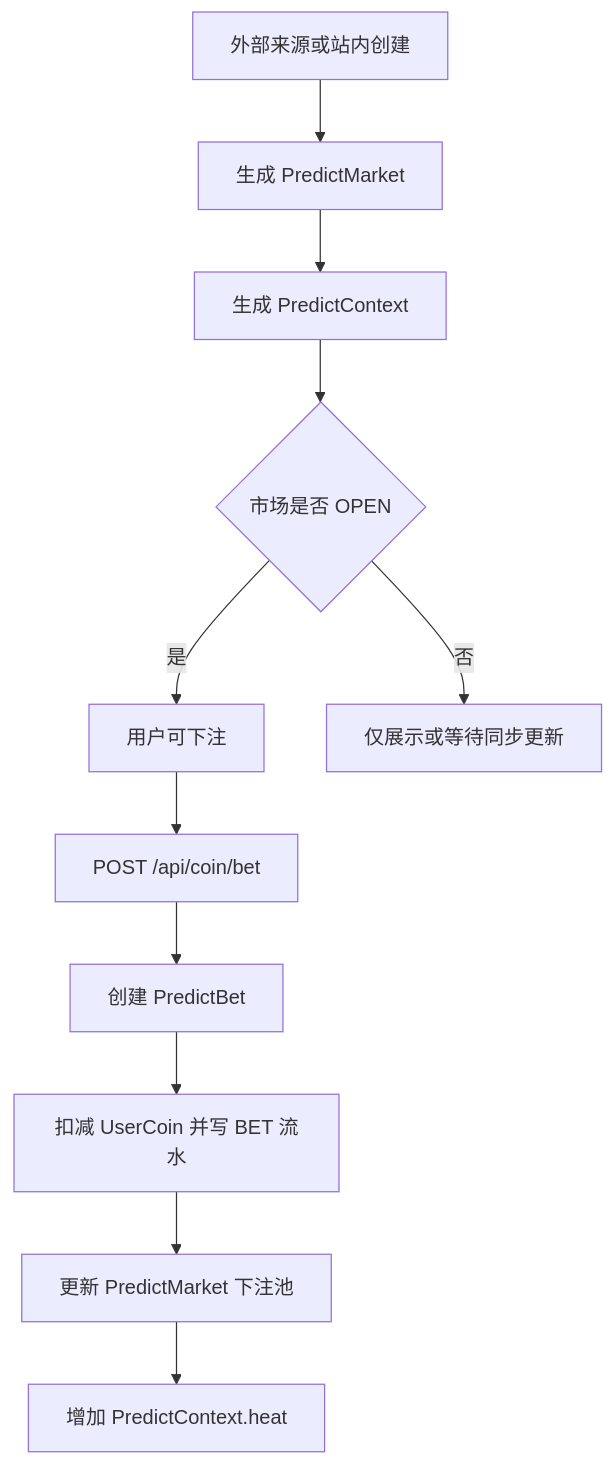
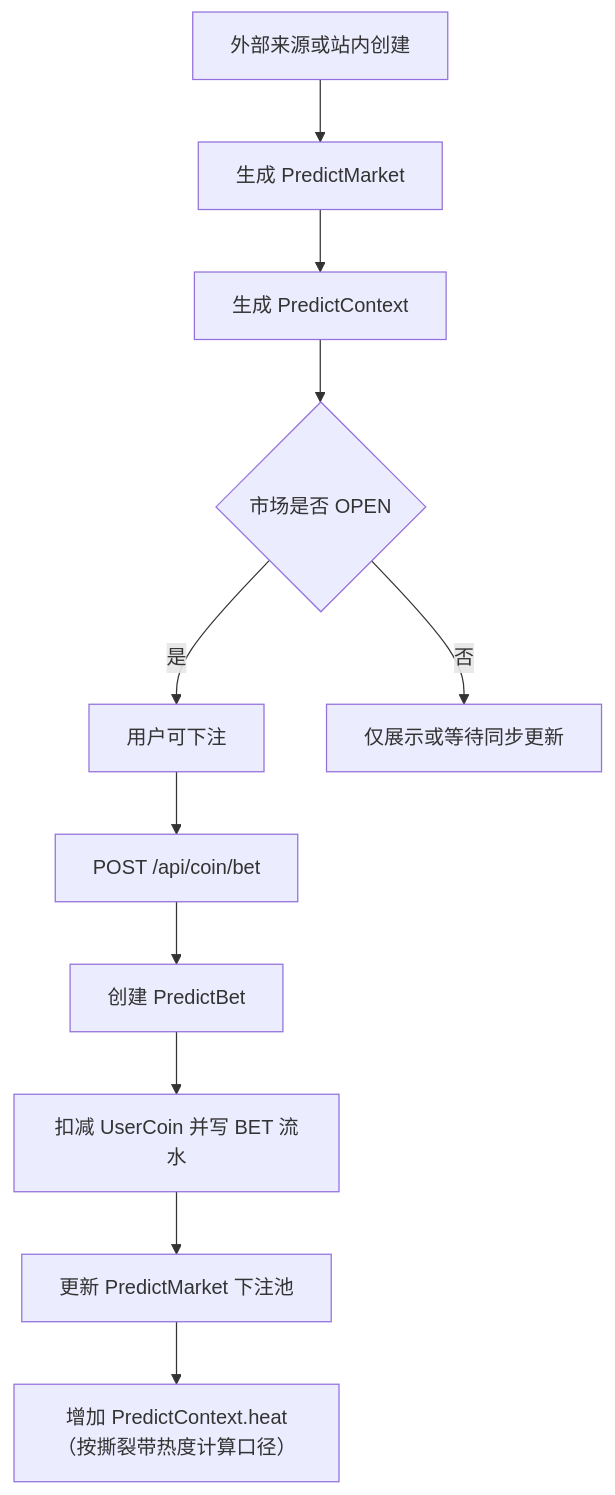
Before and after one commit to maoshuo1988/turtlepoll: the first of 10 diagrams in prompt/project/预测市场公共部分/01-流程图.md, drawn with Mermaid. The commit also changed other lines of this file and 51 other files, not shown here.

````diff
--- a/prompt/project/预测市场公共部分/01-流程图.md
+++ b/prompt/project/预测市场公共部分/01-流程图.md
@@ -5,13 +5,13 @@
 ```mermaid
 flowchart TD
   A["外部来源或站内创建"] --> B["生成 PredictMarket"]
   B --> C["生成 PredictContext"]
   C --> D{"市场是否 OPEN"}
   D -- "是" --> E["用户可下注"]
   D -- "否" --> F["仅展示或等待同步更新"]
   E --> G["POST /api/coin/bet"]
   G --> H["创建 PredictBet"]
   H --> I["扣减 UserCoin 并写 BET 流水"]
   I --> J["更新 PredictMarket 下注池"]
-  J --> K["增加 PredictContext.heat"]
+  J --> K["增加 PredictContext.heat（按撕裂带热度计算口径）"]
 ```
````
